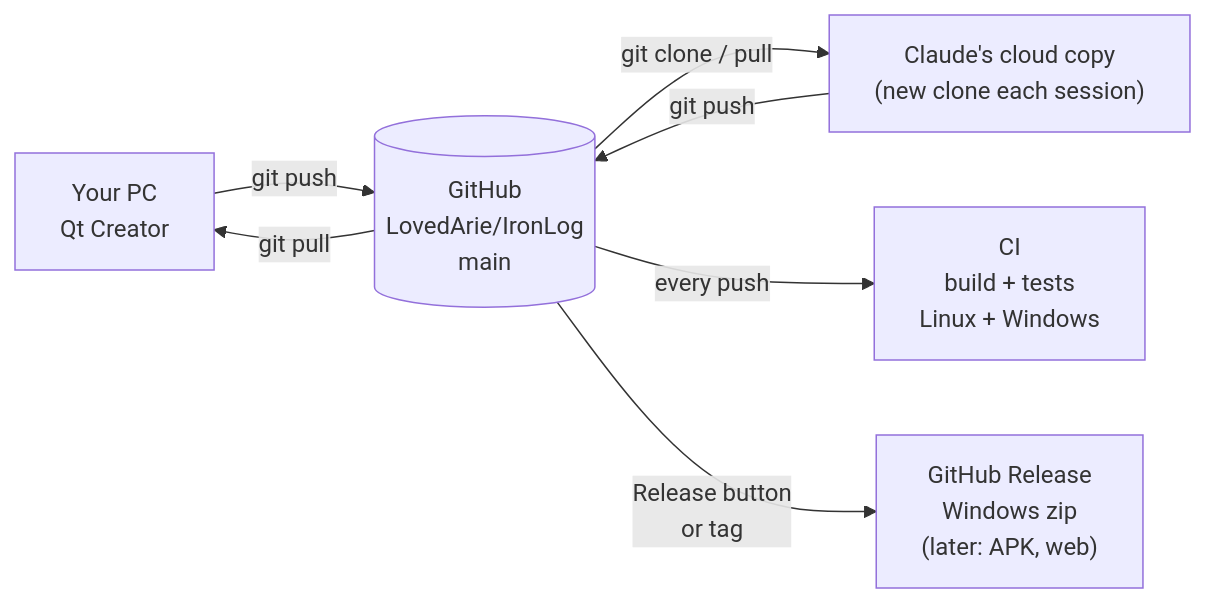
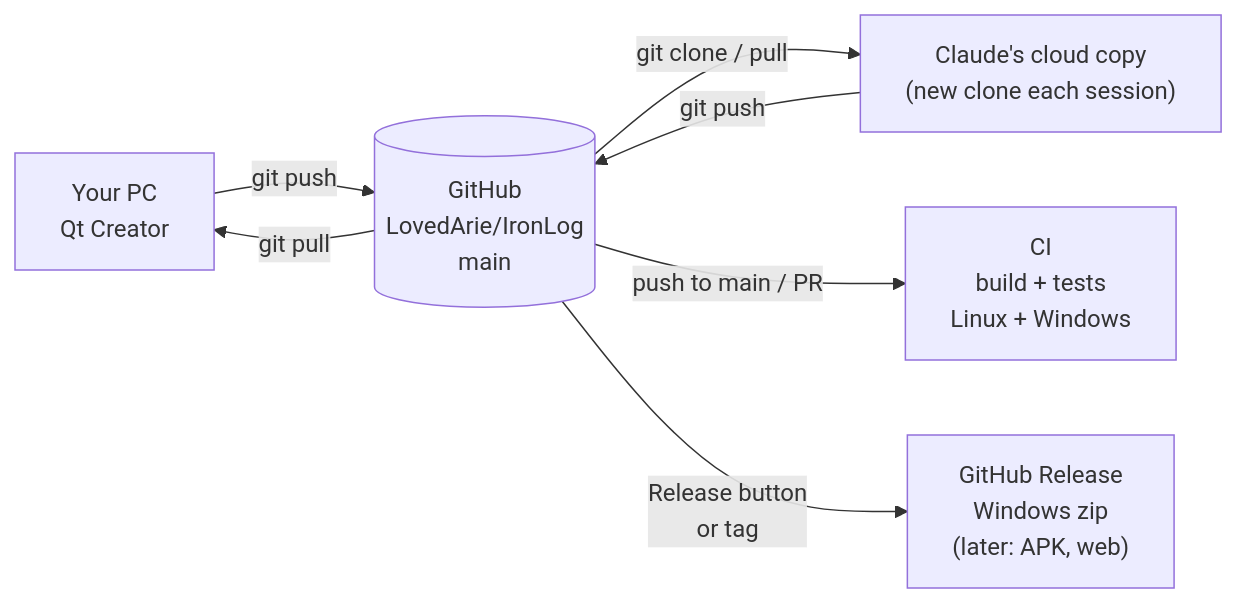
One commit to LovedArie/IronLog changed the diagram in docs/DEVELOPING.md. Above: the diagram before and after it, drawn with Mermaid. The commit also changed other lines of this file and 30 other files, not shown here.

````diff
--- a/docs/DEVELOPING.md
+++ b/docs/DEVELOPING.md
@@ -10,9 +10,9 @@
 ```mermaid
 flowchart LR
     PC["Your PC<br/>Qt Creator"] -- "git push" --> GH[("GitHub<br/>LovedArie/IronLog<br/>main")]
     GH -- "git pull" --> PC
     CL["Claude's cloud copy<br/>(new clone each session)"] -- "git push" --> GH
     GH -- "git clone / pull" --> CL
-    GH -- "every push" --> CI["CI<br/>build + tests<br/>Linux + Windows"]
+    GH -- "push to main / PR" --> CI["CI<br/>build + tests<br/>Linux + Windows"]
     GH -- "Release button<br/>or tag" --> REL["GitHub Release<br/>Windows zip<br/>(later: APK, web)"]
 ```
````
